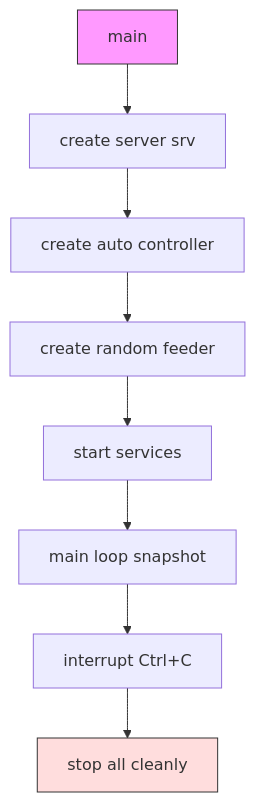
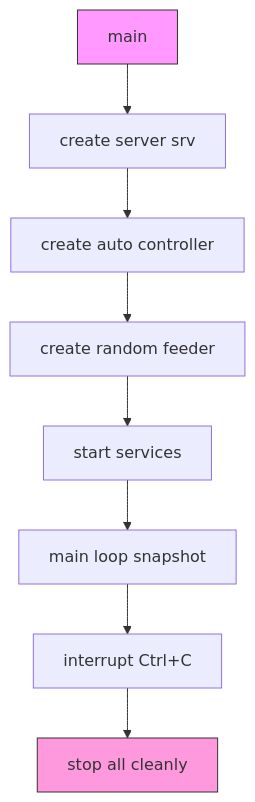
The diagram in New Project/docs/main.md (RodSalg/activity-2-modbus-and-factoryIO-Staudinger_plant_protocols), drawn with Mermaid before and after one commit.

Commit message:
docs: atualizar documentação do fluxo de inicialização do sistema

````diff
--- a/New Project/docs/main.md
+++ b/New Project/docs/main.md
@@ -15,12 +15,12 @@
 ```mermaid
 flowchart TD
     A[main] --> B[create server srv]
     B --> C[create auto controller]
     C --> D[create random feeder]
     D --> E[start services]
     E --> F[main loop snapshot]
     F --> G[interrupt Ctrl+C]
     G --> H[stop all cleanly]
     style A fill:#f9f,stroke:#333,stroke-width:1px
-    style H fill:#fdd,stroke:#333,stroke-width:1px
+    style H fill:#f9d,stroke:#333,stroke-width:1px
 ```
````
